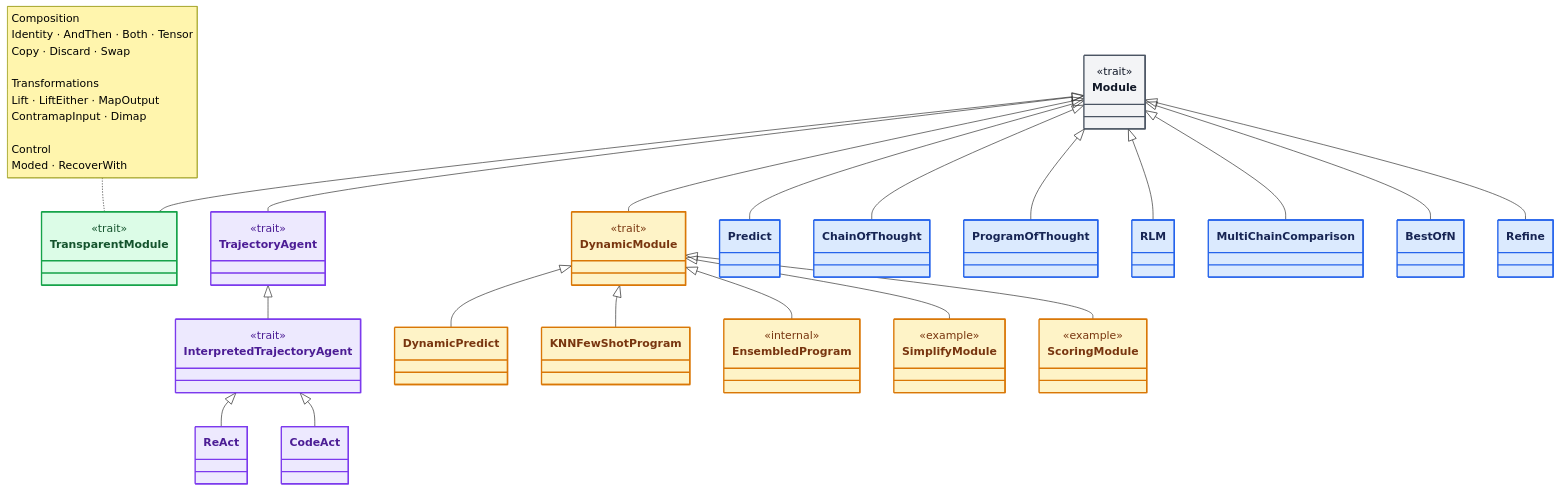
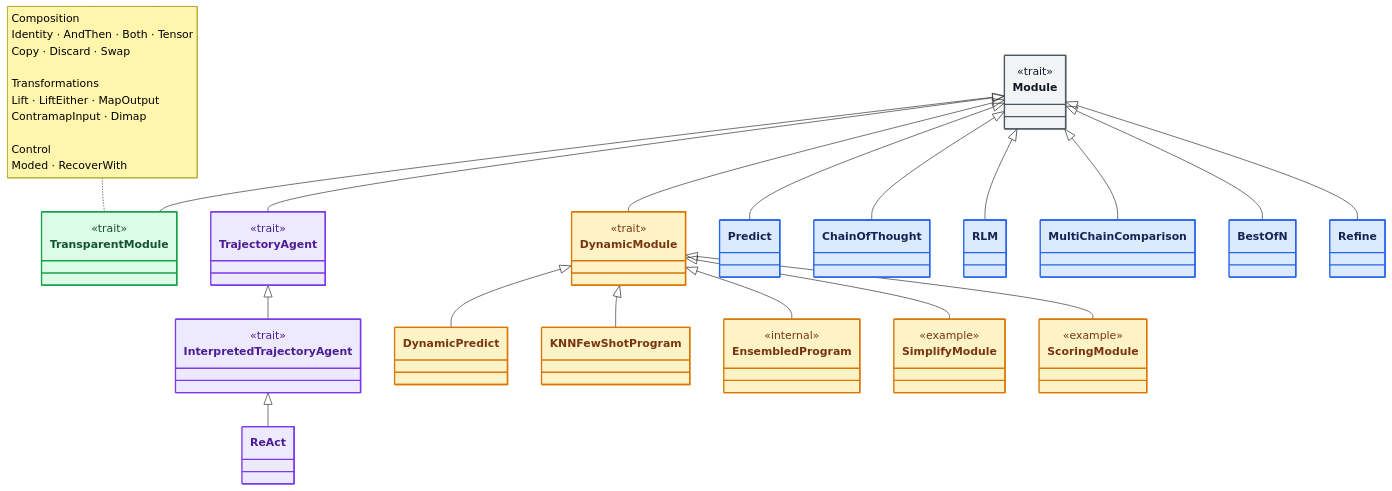
The first of 2 diagrams in modules/programs/src/main/scala/dspy4s/programs/contracts/Module.md (jpablo/dspy4s), drawn with Mermaid before and after one commit. The commit also changed other lines of this file and 429 other files, not shown here.

````diff
--- a/modules/programs/src/main/scala/dspy4s/programs/contracts/Module.md
+++ b/modules/programs/src/main/scala/dspy4s/programs/contracts/Module.md
@@ -58,7 +58,6 @@
 
     class Predict
     class ChainOfThought
-    class ProgramOfThought
     class RLM
     class MultiChainComparison
     class BestOfN
@@ -77,7 +76,6 @@
     }
 
     class ReAct
-    class CodeAct
 
     note for TransparentModule "Composition<br/>Identity · AndThen · Both · Tensor<br/>Copy · Discard · Swap<br/><br/>Transformations<br/>Lift · LiftEither · MapOutput<br/>ContramapInput · Dimap<br/><br/>Control<br/>Moded · RecoverWith"
 
@@ -87,7 +85,6 @@
 
     Module <|-- Predict
     Module <|-- ChainOfThought
-    Module <|-- ProgramOfThought
     Module <|-- RLM
     Module <|-- MultiChainComparison
     Module <|-- BestOfN
@@ -101,13 +98,11 @@
 
     TrajectoryAgent <|-- InterpretedTrajectoryAgent
     InterpretedTrajectoryAgent <|-- ReAct
-    InterpretedTrajectoryAgent <|-- CodeAct
 
     style Module fill:#F3F4F6,stroke:#4B5563,color:#111827,stroke-width:2px
 
     style Predict fill:#DBEAFE,stroke:#2563EB,color:#172554,stroke-width:2px
     style ChainOfThought fill:#DBEAFE,stroke:#2563EB,color:#172554,stroke-width:2px
-    style ProgramOfThought fill:#DBEAFE,stroke:#2563EB,color:#172554,stroke-width:2px
     style RLM fill:#DBEAFE,stroke:#2563EB,color:#172554,stroke-width:2px
     style MultiChainComparison fill:#DBEAFE,stroke:#2563EB,color:#172554,stroke-width:2px
     style BestOfN fill:#DBEAFE,stroke:#2563EB,color:#172554,stroke-width:2px
@@ -124,5 +119,4 @@
     style TrajectoryAgent fill:#EDE9FE,stroke:#7C3AED,color:#4C1D95,stroke-width:2px
     style InterpretedTrajectoryAgent fill:#EDE9FE,stroke:#7C3AED,color:#4C1D95,stroke-width:2px
     style ReAct fill:#EDE9FE,stroke:#7C3AED,color:#4C1D95,stroke-width:2px
-    style CodeAct fill:#EDE9FE,stroke:#7C3AED,color:#4C1D95,stroke-width:2px
 ```
````
